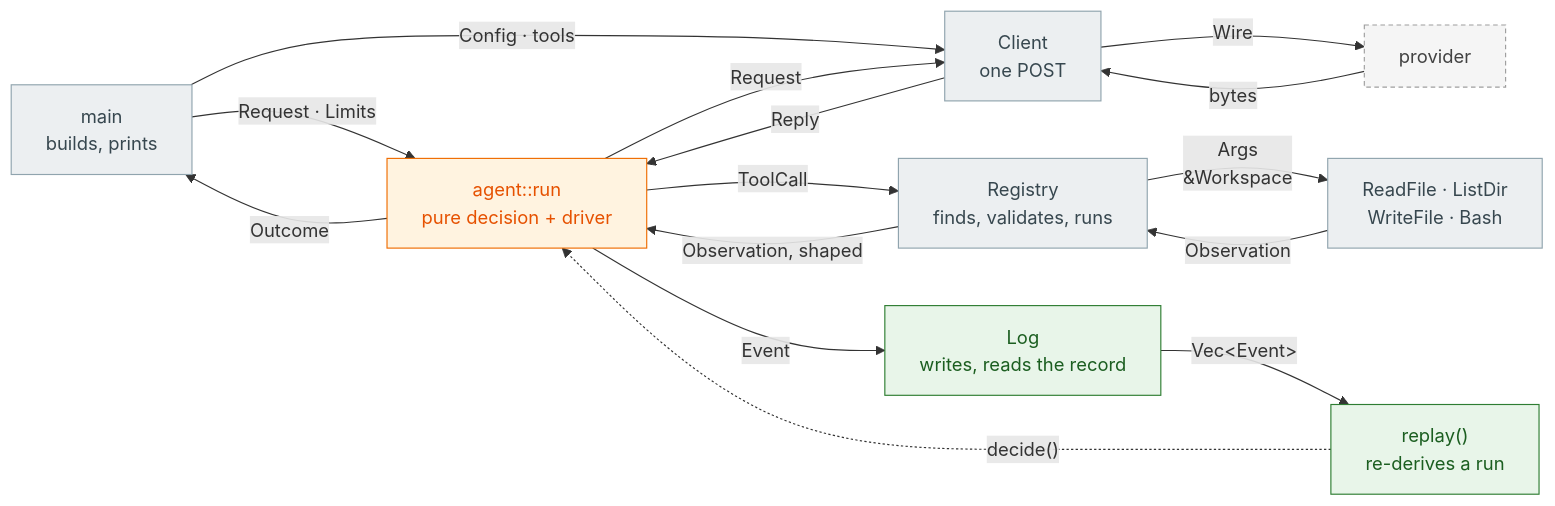
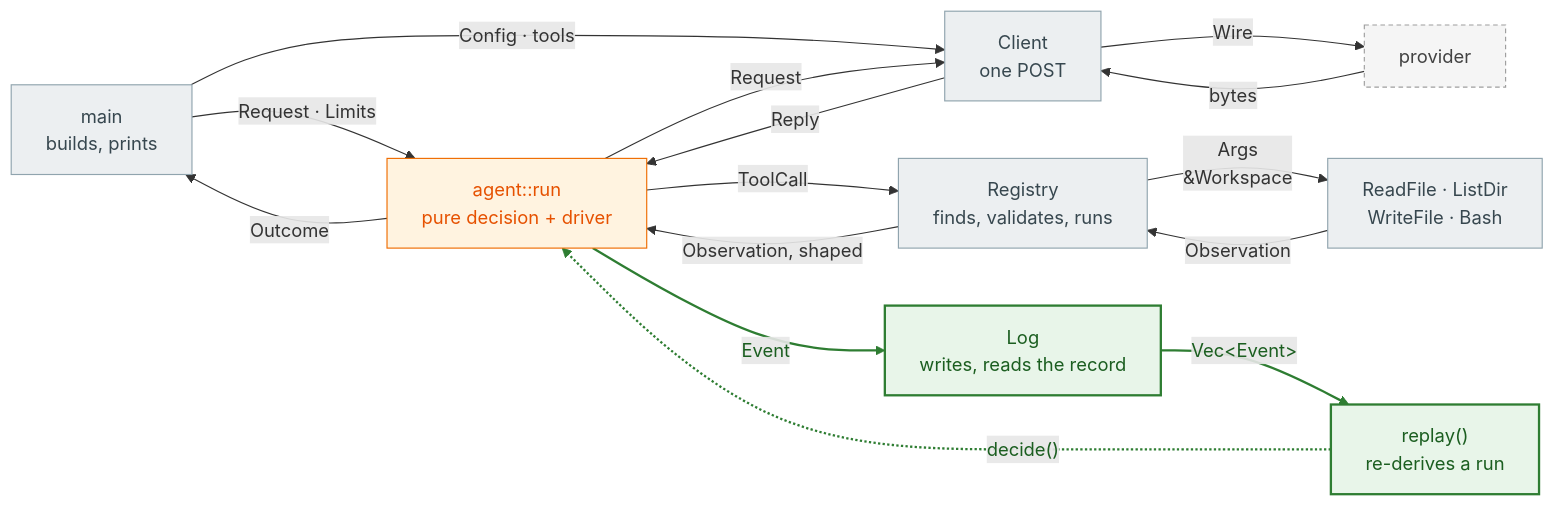
The diagram in diagrams/p3-structs.mmd (skinssong/my_harness), drawn with Mermaid before and after one commit. The commit also changed 12 other files, not shown here.

```diff
--- a/diagrams/p3-structs.mmd
+++ b/diagrams/p3-structs.mmd
@@ -1,29 +1,31 @@
 flowchart LR
     MAIN["main<br/>builds, prints"]:::existing
     LOOP["agent::run<br/>pure decision + driver"]:::changed
     CLIENT["Client<br/>one POST"]:::existing
     REG["Registry<br/>finds, validates, runs"]:::existing
     TOOLS["ReadFile · ListDir<br/>WriteFile · Bash"]:::existing
     LOG["Log<br/>writes, reads the record"]:::added
     REPLAY["replay()<br/>re-derives a run"]:::added
     PROV["provider"]:::external
 
     MAIN -->|"Request · Limits"| LOOP
     MAIN -->|"Config · tools"| CLIENT
     LOOP -->|"Request"| CLIENT
     CLIENT -->|"Wire"| PROV
     PROV -->|"bytes"| CLIENT
     CLIENT -->|"Reply"| LOOP
     LOOP -->|"ToolCall"| REG
     REG -->|"Args<br/>&amp;Workspace"| TOOLS
     TOOLS -->|"Observation"| REG
     REG -->|"Observation, shaped"| LOOP
     LOOP -->|"Outcome"| MAIN
     LOOP -->|"Event"| LOG
     LOG -->|"Vec&lt;Event&gt;"| REPLAY
     REPLAY -. "decide()" .-> LOOP
 
     classDef existing fill:#ECEFF1,stroke:#90A4AE,color:#37474F
-    classDef added fill:#E8F5E9,stroke:#2E7D32,color:#1B5E20
+    classDef added fill:#E8F5E9,stroke:#2E7D32,stroke-width:2px,color:#1B5E20
     classDef changed fill:#FFF3E0,stroke:#EF6C00,color:#E65100
     classDef external fill:#F5F5F5,stroke:#9E9E9E,color:#424242,stroke-dasharray:4 3
+    %% linkStyle-new-edges
+    linkStyle 11,12,13 stroke:#2E7D32,stroke-width:2px,color:#1B5E20
```
